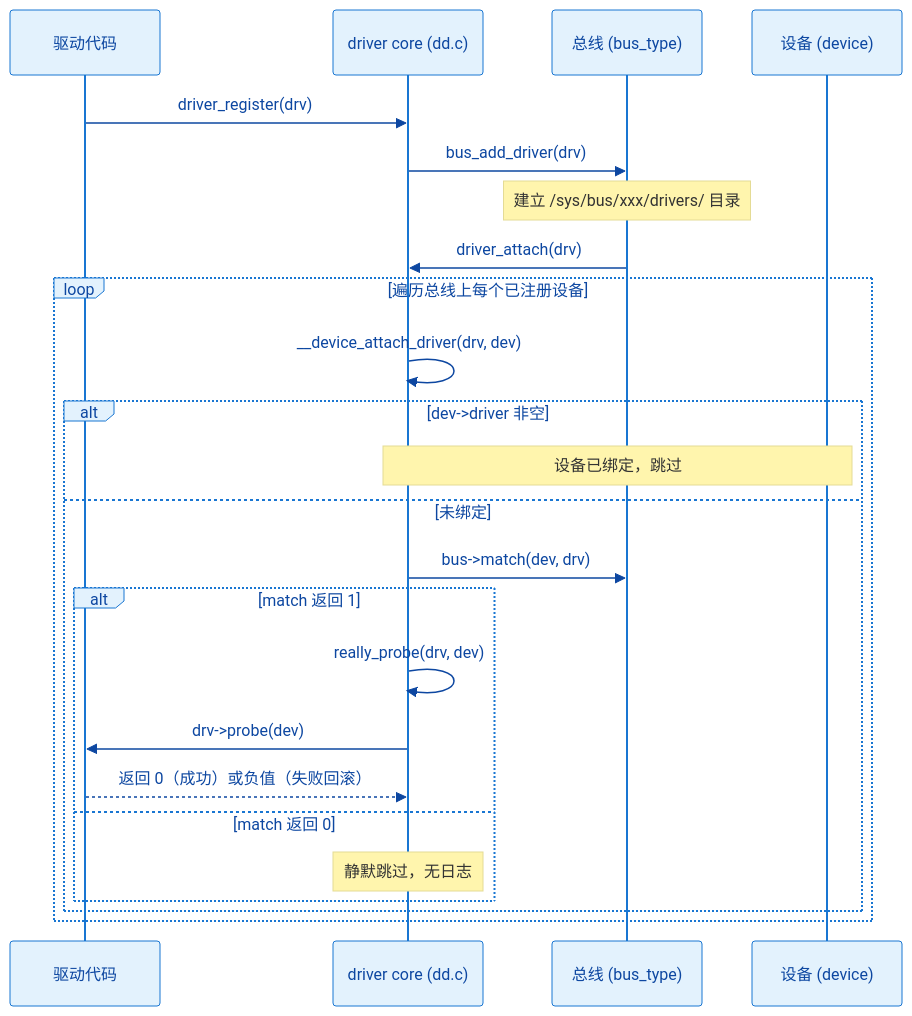
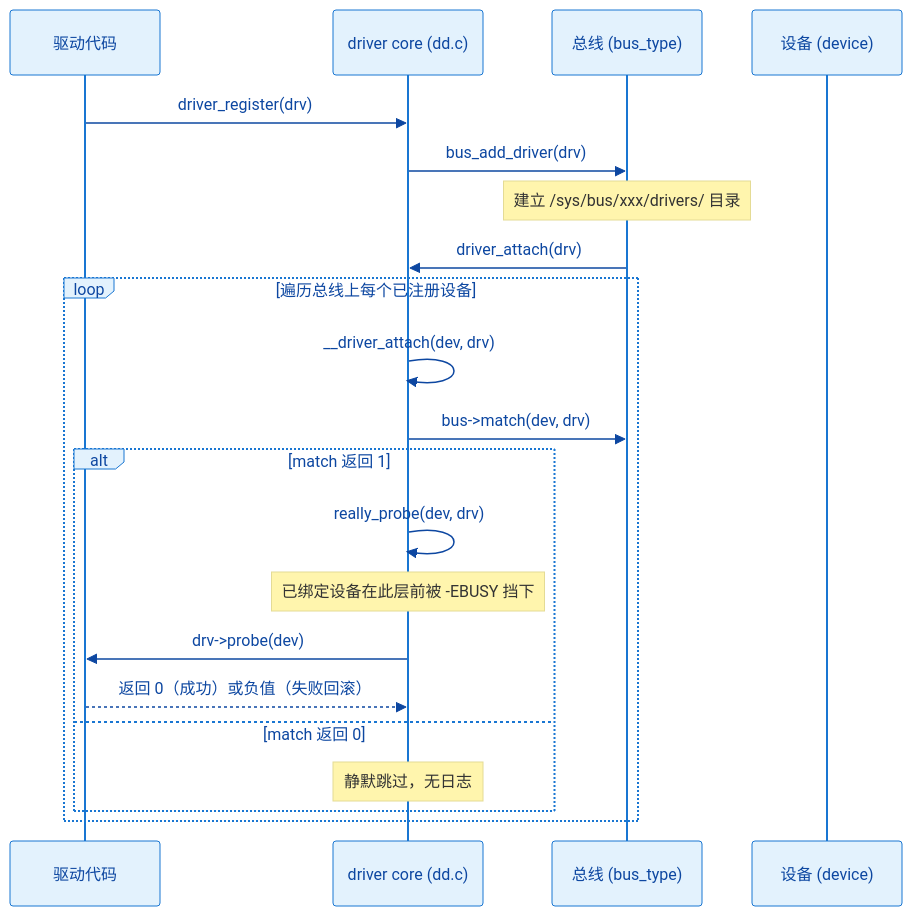
The diagram in docs/02-核心机制深度解析/第11章 设备模型/11.2.3_match()与probe()的调用链.md (xiaohong0925/Embedded_Knowledge_System_V2026), drawn with Mermaid before and after one commit. The commit also changed other lines of this file and 20 other files, not shown here.

````diff
--- a/docs/02-核心机制深度解析/第11章 设备模型/11.2.3_match()与probe()的调用链.md
+++ b/docs/02-核心机制深度解析/第11章 设备模型/11.2.3_match()与probe()的调用链.md
@@ -189,28 +187,25 @@
 ```mermaid
 %%{init: {'theme': 'base', 'themeVariables': { 'primaryColor': '#e3f2fd', 'primaryTextColor': '#0d47a1', 'primaryBorderColor': '#1976d2', 'lineColor': '#616161'}}}%%
 sequenceDiagram
     participant D as 驱动代码
     participant Core as driver core (dd.c)
     participant Bus as 总线 (bus_type)
     participant Dev as 设备 (device)
 
     D->>Core: driver_register(drv)
     Core->>Bus: bus_add_driver(drv)
     Note over Bus: 建立 /sys/bus/xxx/drivers/ 目录
     Bus->>Core: driver_attach(drv)
     loop 遍历总线上每个已注册设备
-        Core->>Core: __device_attach_driver(drv, dev)
-        alt dev->driver 非空
-            Note over Core,Dev: 设备已绑定，跳过
-        else 未绑定
-            Core->>Bus: bus->match(dev, drv)
-            alt match 返回 1
-                Core->>Core: really_probe(drv, dev)
-                Core->>D: drv->probe(dev)
-                D-->>Core: 返回 0（成功）或负值（失败回滚）
-            else match 返回 0
-                Note over Core: 静默跳过，无日志
-            end
+        Core->>Core: __driver_attach(dev, drv)
+        Core->>Bus: bus->match(dev, drv)
+        alt match 返回 1
+            Core->>Core: really_probe(dev, drv)
+            Note over Core: 已绑定设备在此层前被 -EBUSY 挡下
+            Core->>D: drv->probe(dev)
+            D-->>Core: 返回 0（成功）或负值（失败回滚）
+        else match 返回 0
+            Note over Core: 静默跳过，无日志
         end
     end
 ```
````
